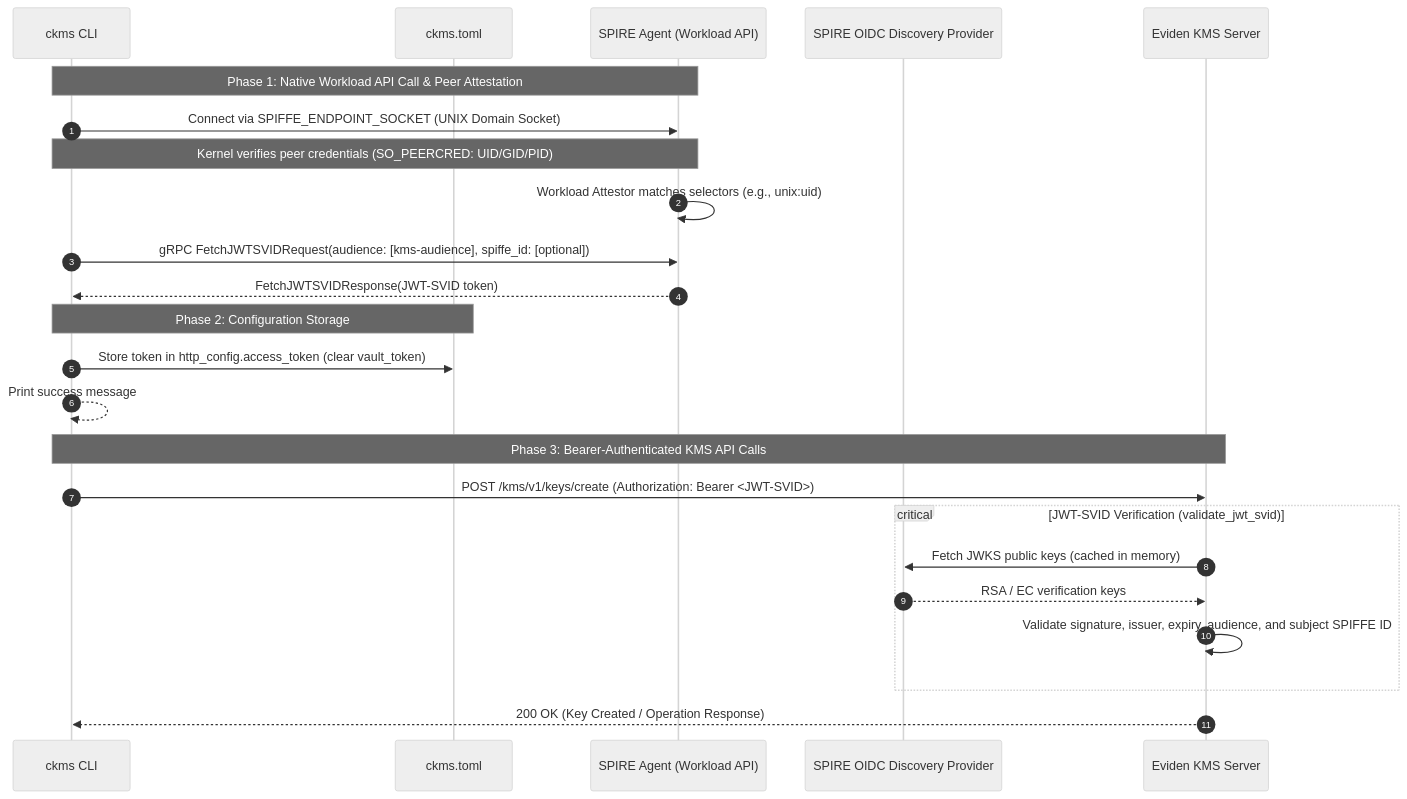
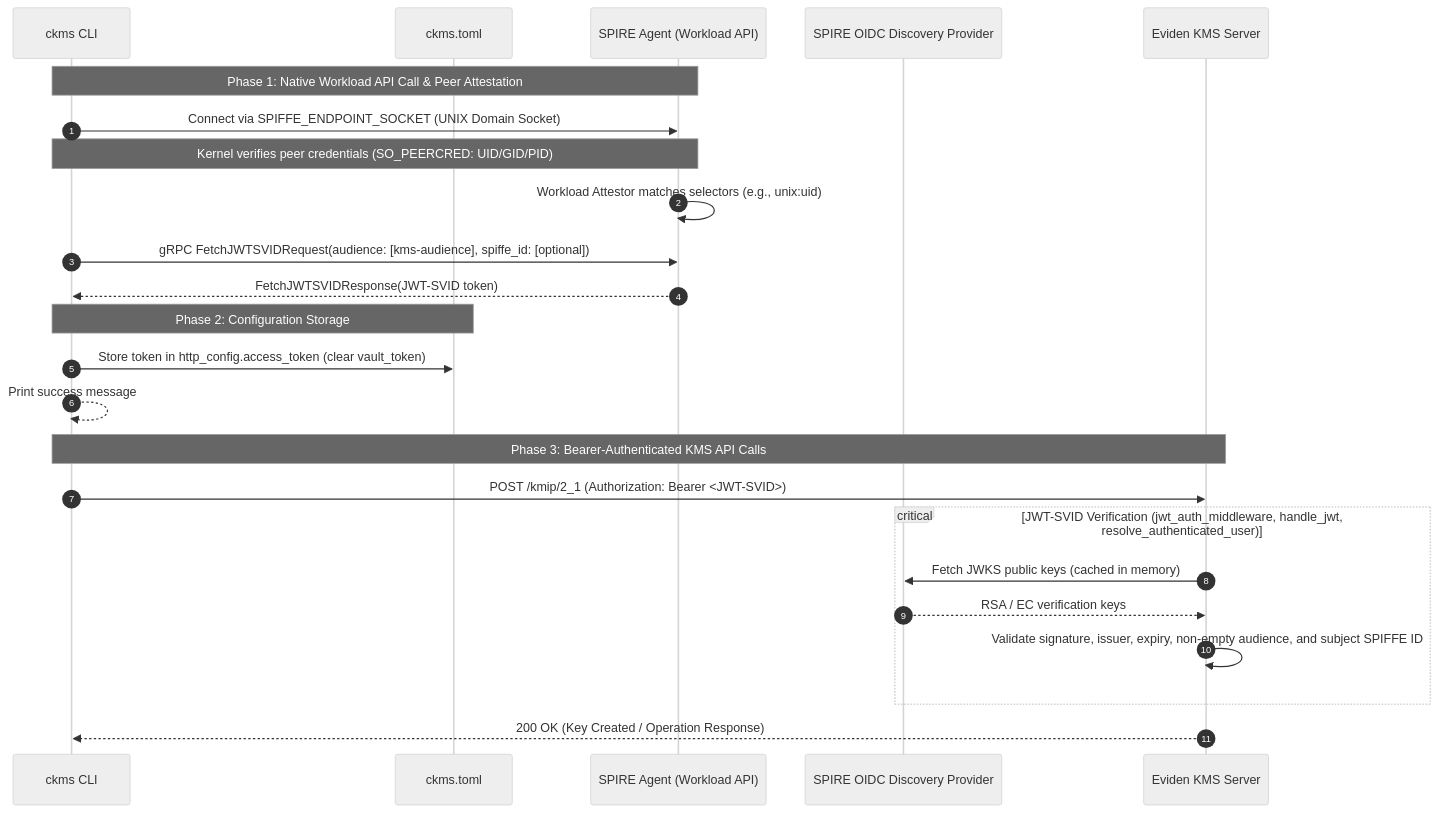
Before and after one commit to Cosmian/kms: the second of 2 diagrams in documentation/docs/integrations/spire_ckms.md, drawn with Mermaid (neutral theme). The commit also changed other lines of this file and 31 other files, not shown here.

First line of the commit message:
fix(auth): harden SPIFFE JWT-SVID authentication after review

````diff
--- a/documentation/docs/integrations/spire_ckms.md
+++ b/documentation/docs/integrations/spire_ckms.md
@@ -44,32 +52,32 @@
 ```mermaid
 sequenceDiagram
     autonumber
     participant CLI as ckms CLI
     participant Conf as ckms.toml
     participant Agent as SPIRE Agent (Workload API)
     participant OIDC as SPIRE OIDC Discovery Provider
     participant KMS as Eviden KMS Server
 
     %% Phase 1: Local Workload Attestation & JWT-SVID Fetch
     Note over CLI,Agent: Phase 1: Native Workload API Call & Peer Attestation
     CLI->>Agent: Connect via SPIFFE_ENDPOINT_SOCKET (UNIX Domain Socket)
     Note over CLI,Agent: Kernel verifies peer credentials (SO_PEERCRED: UID/GID/PID)
     Agent->>Agent: Workload Attestor matches selectors (e.g., unix:uid)
     CLI->>Agent: gRPC FetchJWTSVIDRequest(audience: [kms-audience], spiffe_id: [optional])
     Agent-->>CLI: FetchJWTSVIDResponse(JWT-SVID token)
 
     %% Phase 2: Configuration Persistence
     Note over CLI,Conf: Phase 2: Configuration Storage
     CLI->>Conf: Store token in http_config.access_token (clear vault_token)
     CLI-->>CLI: Print success message
 
     %% Phase 3: Authenticated KMS Operations
     Note over CLI,KMS: Phase 3: Bearer-Authenticated KMS API Calls
-    CLI->>KMS: POST /kms/v1/keys/create (Authorization: Bearer <JWT-SVID>)
-    critical JWT-SVID Verification (validate_jwt_svid)
+    CLI->>KMS: POST /kmip/2_1 (Authorization: Bearer <JWT-SVID>)
+    critical JWT-SVID Verification (jwt_auth_middleware, handle_jwt, resolve_authenticated_user)
         KMS->>OIDC: Fetch JWKS public keys (cached in memory)
         OIDC-->>KMS: RSA / EC verification keys
-        KMS->>KMS: Validate signature, issuer, expiry, audience, and subject SPIFFE ID
+        KMS->>KMS: Validate signature, issuer, expiry, non-empty audience, and subject SPIFFE ID
     end
     KMS-->>CLI: 200 OK (Key Created / Operation Response)
 ```
````
